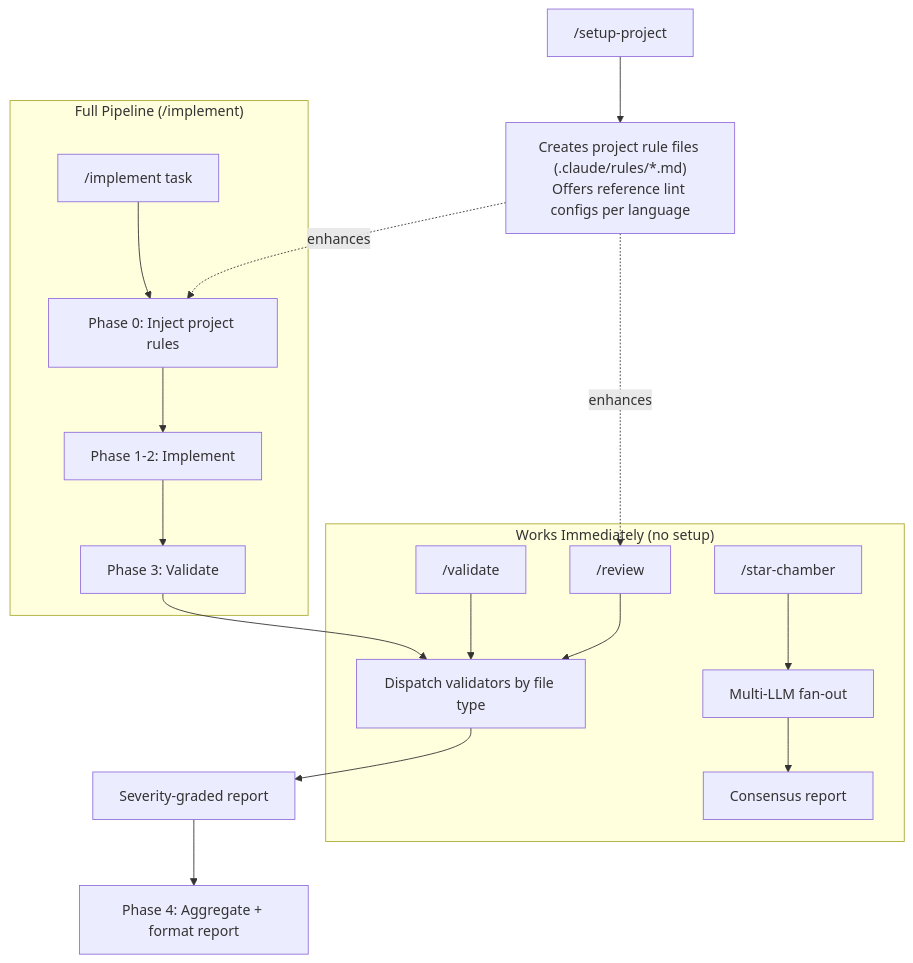
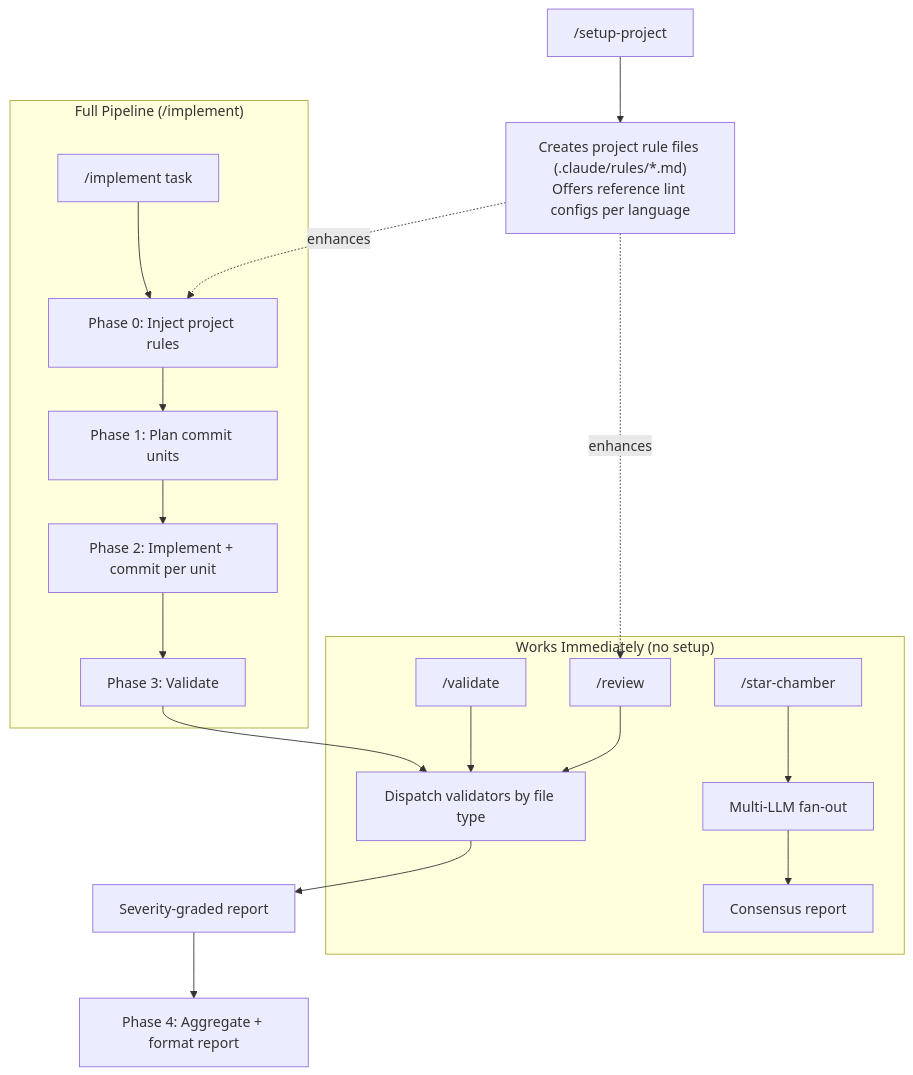
The first of 7 diagrams in ARCHITECTURE.md (peteski22/agent-pragma), drawn with Mermaid before and after one commit. The commit also changed other lines of this file and 2 other files, not shown here.

First line of the commit message:
docs: describe the commit checkpoint loop in the pipeline

````diff
--- a/ARCHITECTURE.md
+++ b/ARCHITECTURE.md
@@ -9,24 +9,25 @@
 ```mermaid
 flowchart TB
     subgraph Standalone["Works Immediately (no setup)"]
         V["/validate"] --> Validators
         R["/review"] --> Validators
         SC["/star-chamber"] --> SCR["Multi-LLM fan-out"]
         SCR --> SCS["Consensus report"]
     end
 
     Validators["Dispatch validators by file type"] --> Report["Severity-graded report"]
 
     subgraph Pipeline["Full Pipeline (/implement)"]
         I["/implement task"] --> P0["Phase 0: Inject project rules"]
-        P0 --> P12["Phase 1-2: Implement"]
+        P0 --> P1["Phase 1: Plan commit units"]
+        P1 --> P12["Phase 2: Implement + commit per unit"]
         P12 --> P3["Phase 3: Validate"]
     end
 
     P3 --> Validators
     Report --> P4["Phase 4: Aggregate + format report"]
 
     S["/setup-project"] --> SR["Creates project rule files (.claude/rules/*.md)<br/>Offers reference lint configs per language"]
     SR -.->|"enhances"| P0
     SR -.->|"enhances"| R
 ```
````
